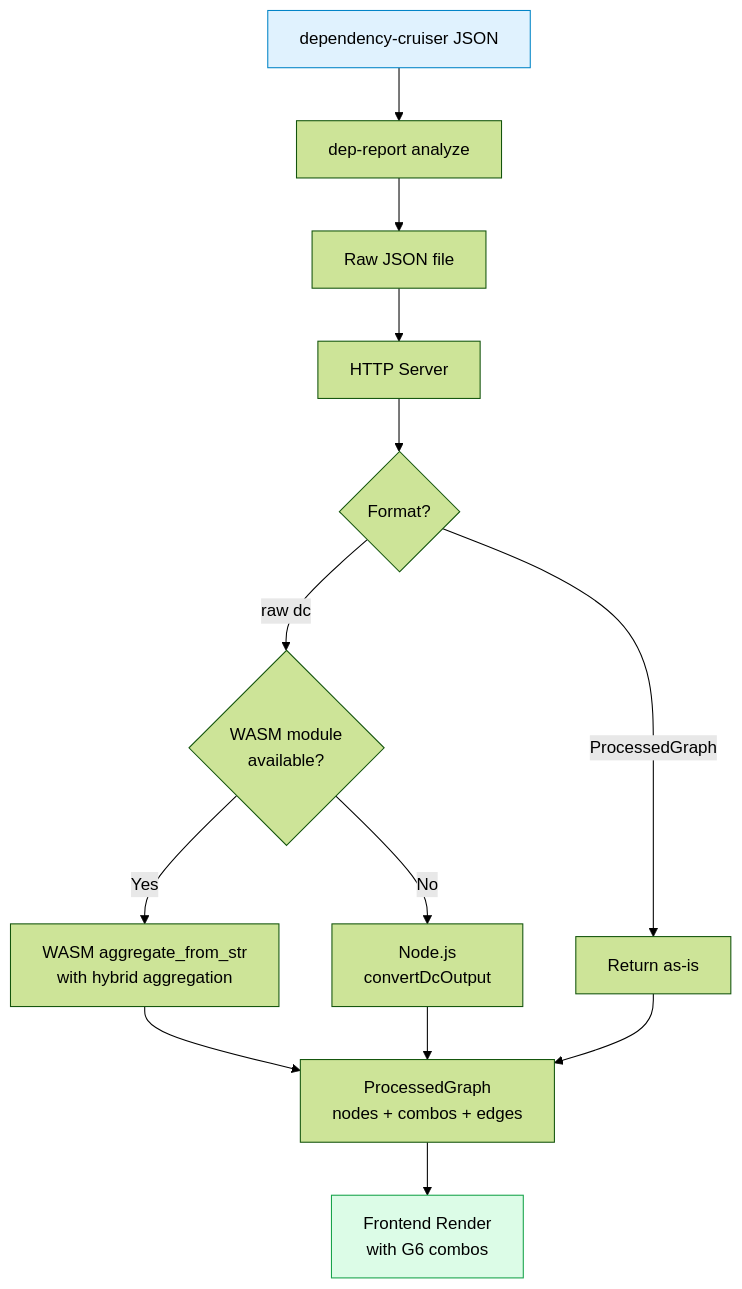
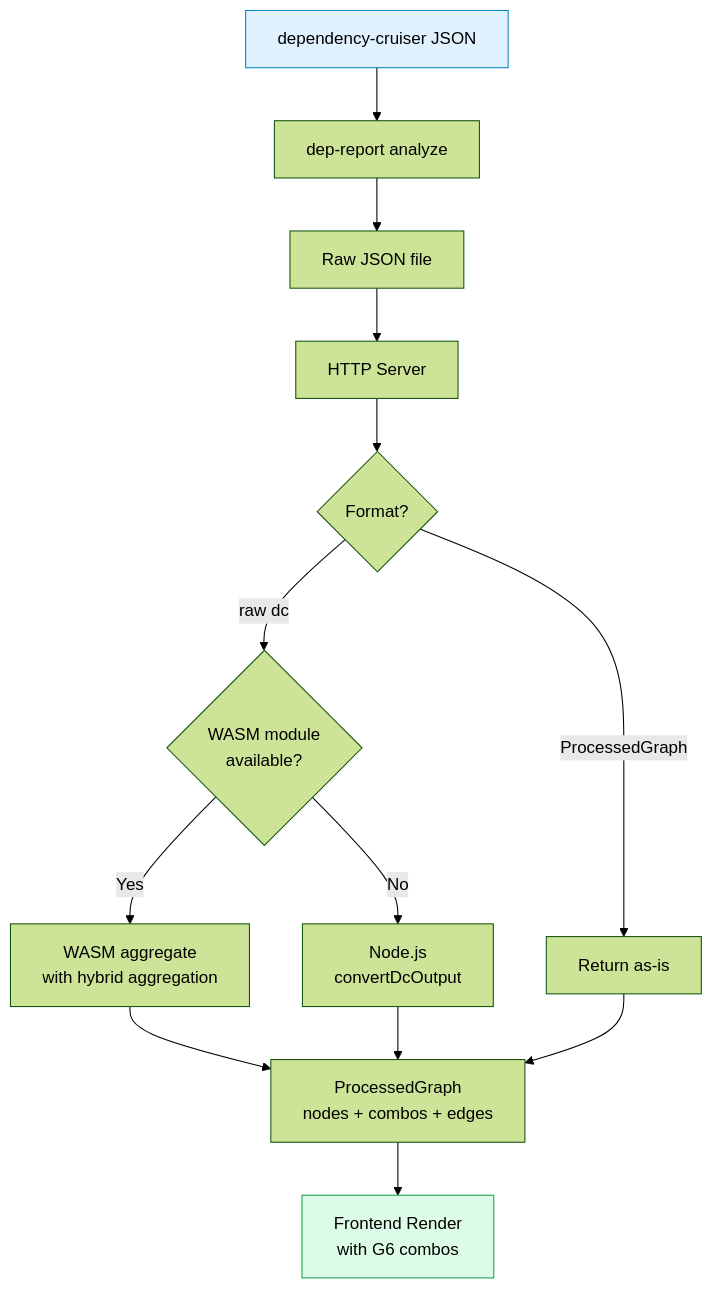
Before and after one commit to fisher-89/dependency-cruiser-reporter: the first of 5 diagrams in docs/architecture/data-flow.md, drawn with Mermaid (forest theme). The commit also changed other lines of this file and 14 other files, not shown here.

First line of the commit message:
refactor(rust): use tsify for type generation, rename wasm_aggregate to aggregate

````diff
--- a/docs/architecture/data-flow.md
+++ b/docs/architecture/data-flow.md
@@ -5,18 +5,18 @@
 ```mermaid
 flowchart TB
     Input[dependency-cruiser JSON] --> Scan[dep-report analyze]
     Scan --> RawFile[Raw JSON file]
     RawFile --> Server[HTTP Server]
     Server --> Detect{Format?}
     Detect -->|raw dc| WASM{WASM module\navailable?}
-    WASM -->|Yes| Native[WASM aggregate_from_str\nwith hybrid aggregation]
+    WASM -->|Yes| Native[WASM aggregate\nwith hybrid aggregation]
     WASM -->|No| Node[Node.js\nconvertDcOutput]
     Detect -->|ProcessedGraph| Direct[Return as-is]
     Native --> Output[ProcessedGraph\nnodes + combos + edges]
     Node --> Output
     Direct --> Output
     Output --> Render[Frontend Render\nwith G6 combos]
 
     style Input fill:#e0f2fe,stroke:#0284c7
     style Render fill:#dcfce7,stroke:#16a34a
 ```
````
